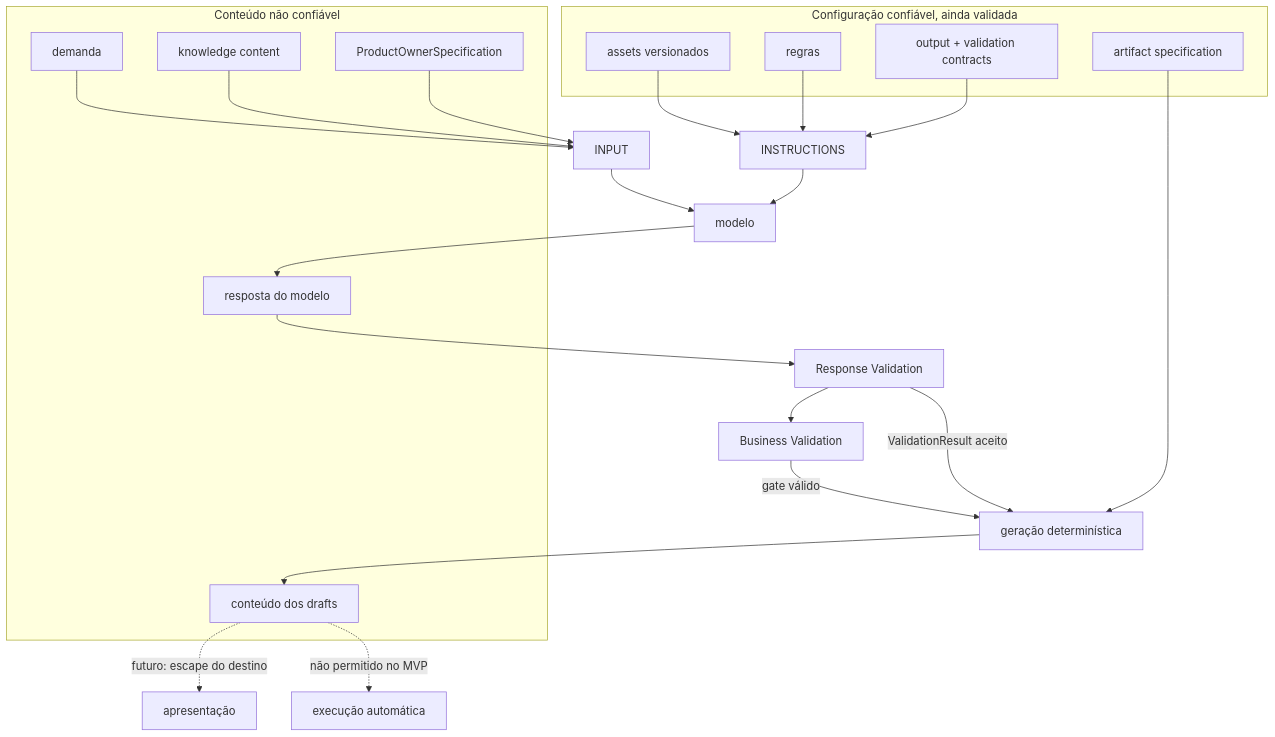
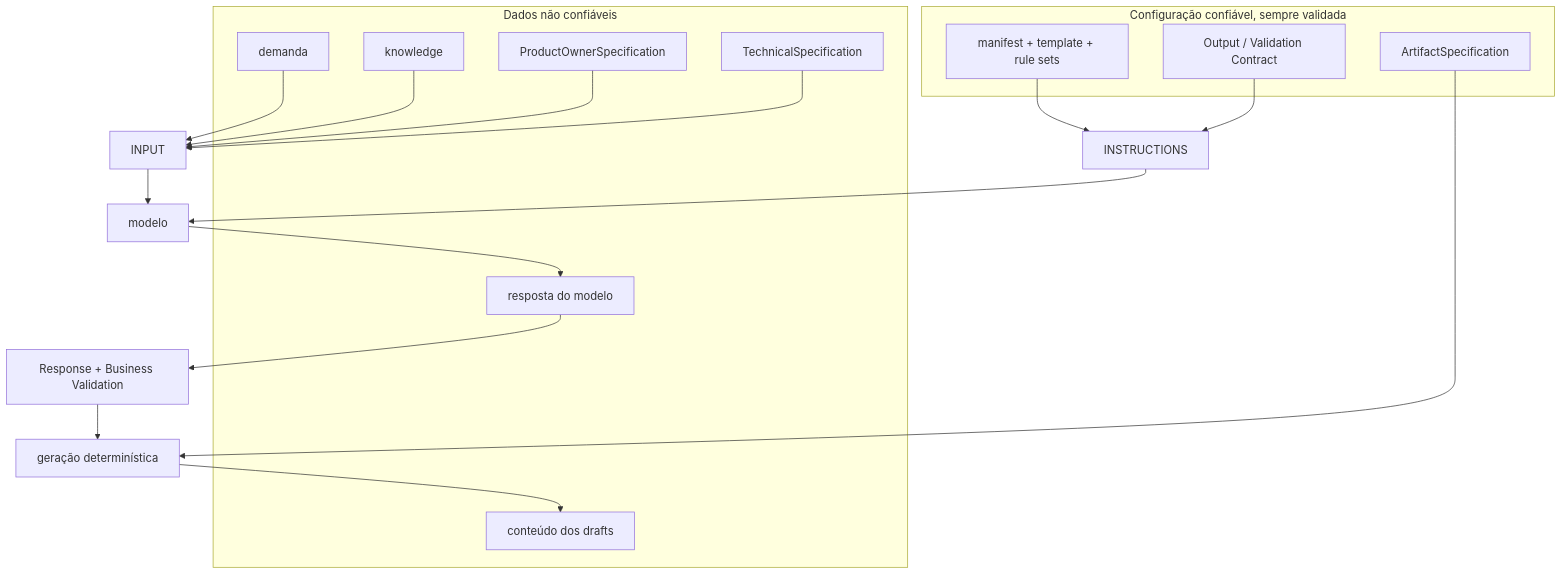
Before and after one commit to felipet66/brq-ai-factory: the fourth of 5 diagrams in knowledge/33-PIPELINE_OVERVIEW.md, drawn with Mermaid. The commit also changed other lines of this file and 68 other files, not shown here.

````diff
--- a/knowledge/33-PIPELINE_OVERVIEW.md
+++ b/knowledge/33-PIPELINE_OVERVIEW.md
@@ -202,36 +104,29 @@
 ```mermaid
 flowchart TB
-    subgraph TRUSTED["Configuração confiável, ainda validada"]
-        ASSETS["assets versionados"]
-        RULES["regras"]
-        CONTRACTS["output + validation contracts"]
-        ARTIFACTSPEC["artifact specification"]
+    subgraph TRUSTED["Configuração confiável, sempre validada"]
+        AS["manifest + template + rule sets"]
+        OC["Output / Validation Contract"]
+        ART["ArtifactSpecification"]
     end
-
-    subgraph UNTRUSTED["Conteúdo não confiável"]
-        DEMAND2["demanda"]
-        KNOWLEDGE2["knowledge content"]
-        POSPEC2["ProductOwnerSpecification"]
-        RESPONSE2["resposta do modelo"]
-        DRAFT2["conteúdo dos drafts"]
+    subgraph UNTRUSTED["Dados não confiáveis"]
+        DEM["demanda"]
+        KN["knowledge"]
+        PO2["ProductOwnerSpecification"]
+        TS2["TechnicalSpecification"]
+        RESP["resposta do modelo"]
+        DRAFT["conteúdo dos drafts"]
     end
-
-    ASSETS --> INSTRUCTIONS["INSTRUCTIONS"]
-    RULES --> INSTRUCTIONS
-    CONTRACTS --> INSTRUCTIONS
-    DEMAND2 --> INPUT["INPUT"]
-    KNOWLEDGE2 --> INPUT
-    POSPEC2 --> INPUT
-    INSTRUCTIONS --> MODEL["modelo"]
+    AS --> INSTR["INSTRUCTIONS"]
+    OC --> INSTR
+    DEM --> INPUT["INPUT"]
+    KN --> INPUT
+    PO2 --> INPUT
+    TS2 --> INPUT
+    INSTR --> MODEL["modelo"]
     INPUT --> MODEL
-    MODEL --> RESPONSE2
-    RESPONSE2 --> RESPONSE_VALIDATION["Response Validation"]
-    RESPONSE_VALIDATION --> BUSINESS_VALIDATION["Business Validation"]
-    ARTIFACTSPEC --> GENERATION["geração determinística"]
-    RESPONSE_VALIDATION -->|"ValidationResult aceito"| GENERATION
-    BUSINESS_VALIDATION -->|"gate válido"| GENERATION
-    GENERATION --> DRAFT2
-
-    DRAFT2 -.->|"futuro: escape do destino"| UI["apresentação"]
-    DRAFT2 -.->|"não permitido no MVP"| EXECUTION["execução automática"]
+    MODEL --> RESP
+    RESP --> VALIDATION["Response + Business Validation"]
+    VALIDATION --> GENERATION["geração determinística"]
+    ART --> GENERATION
+    GENERATION --> DRAFT
 ```
````
